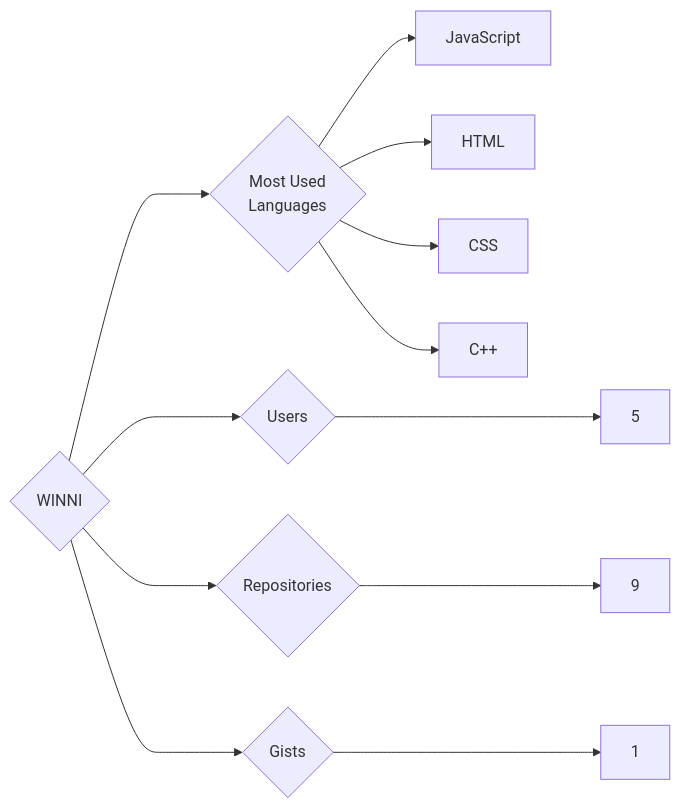
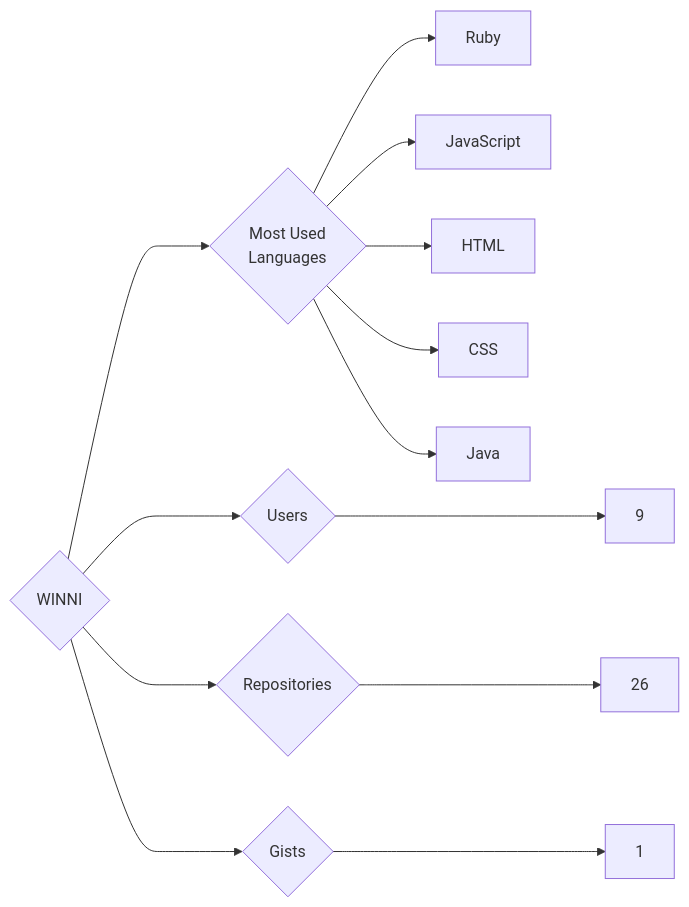
One commit to trickest/insiders changed the diagram in targets/WINNI/README.md. Above: the diagram before and after it, drawn with Mermaid. The commit also changed 860 other files, not shown here.

````diff
--- a/targets/WINNI/README.md
+++ b/targets/WINNI/README.md
@@ -3,12 +3,13 @@
 ```mermaid
 graph LR
 COMPANY_NAME{WINNI}
-COMPANY_NAME ---> U{Users} ---> UN[5]
-COMPANY_NAME ---> R{Repositories} ---> RN[9]
+COMPANY_NAME ---> U{Users} ---> UN[9]
+COMPANY_NAME ---> R{Repositories} ---> RN[26]
 COMPANY_NAME ---> G{Gists} ---> GN[1]
 COMPANY_NAME ---> ML{Most Used<br>Languages}
+ML --> Ruby[Ruby]
 ML --> JavaScript[JavaScript]
 ML --> HTML[HTML]
 ML --> CSS[CSS]
-ML --> C++[C++]
+ML --> Java[Java]
 ```
````
